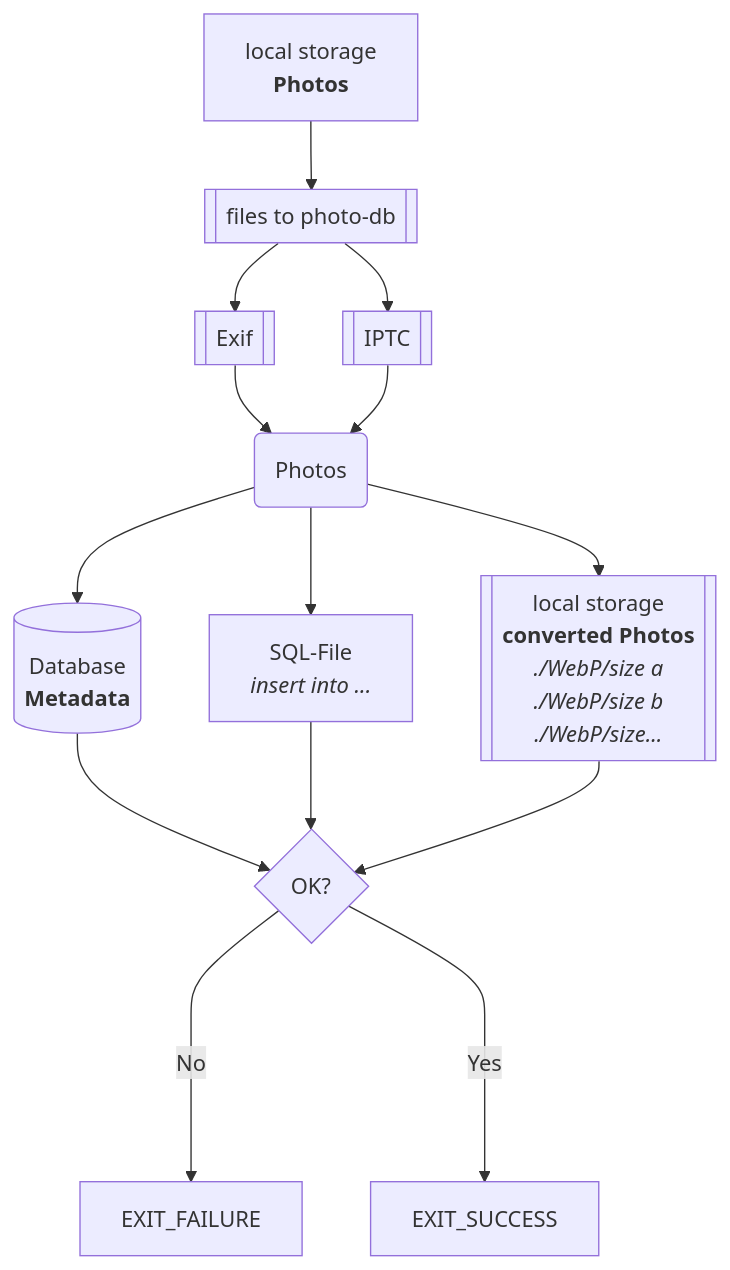
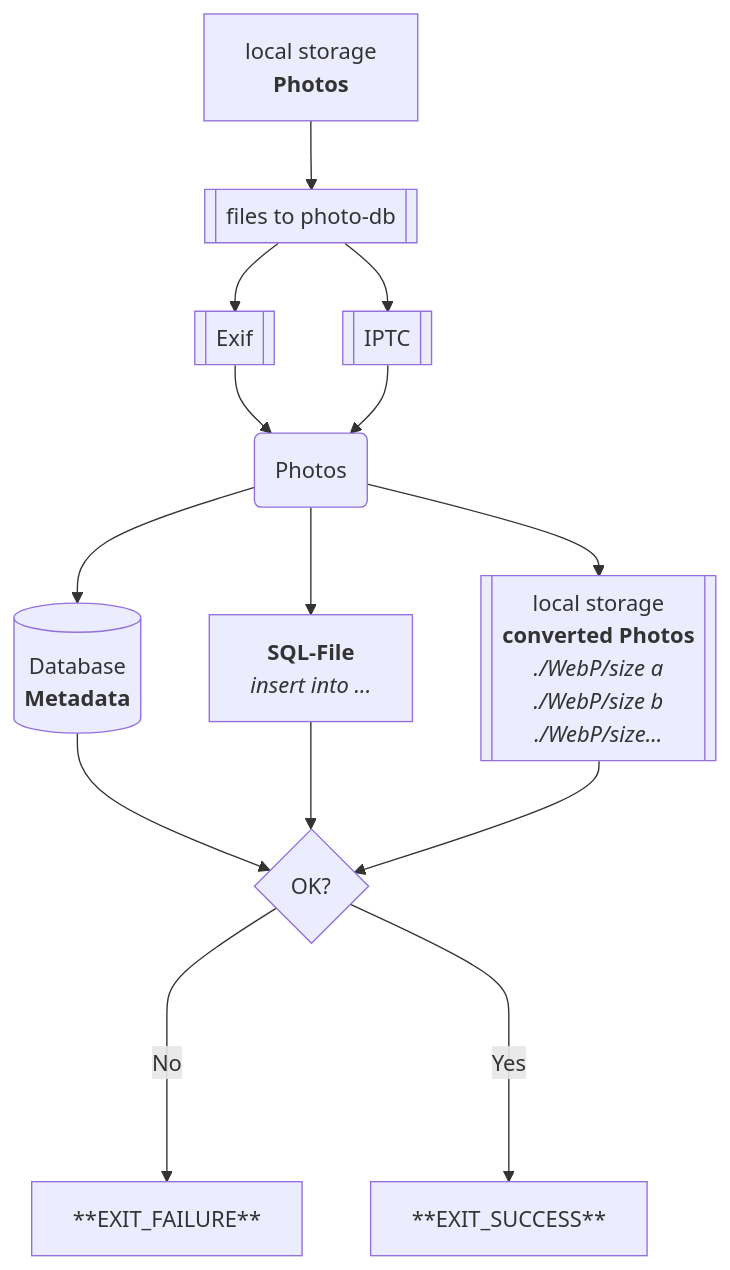
Before and after one commit to Zheng-Bote/qt_files_photo-gallery: the first of 6 diagrams in README.md, drawn with Mermaid.

Commit message:
upd: Mermaid

````diff
--- a/README.md
+++ b/README.md
@@ -310,15 +310,15 @@
 ```mermaid
 flowchart TD;
   A["`local storage
   **Photos**`"] --> P[[files to photo-db]]
   P --> E[[Exif]] & I[[IPTC]] --> M(Photos)
   M --> D[("`Database
-  **Metadata**`")] & Q["`SQL-File
+  **Metadata**`")] & Q["`**SQL-File**
   _insert into ..._`"] & N[["`local storage
   **converted Photos**
   _./WebP/size a
   ./WebP/size b
   ./WebP/size..._`"]] --> C{OK?}
-  C ---->|No| F[EXIT_FAILURE]
-  C ---->|Yes| O[EXIT_SUCCESS]
+  C ---->|No| F["**EXIT_FAILURE**"]
+  C ---->|Yes| O["**EXIT_SUCCESS**"]
 ```
````
